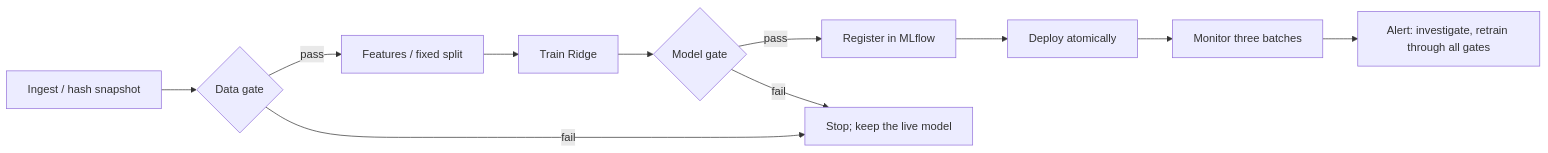
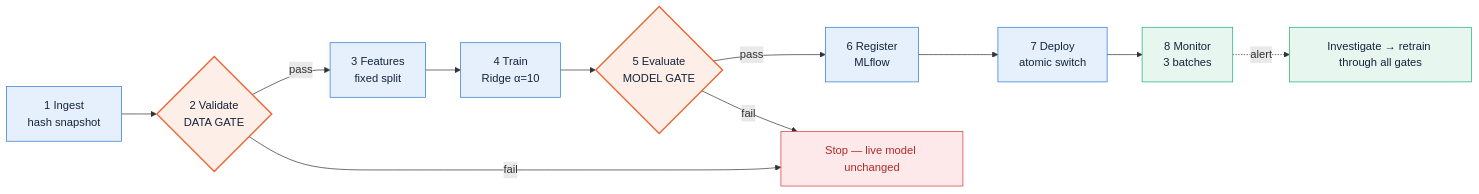
The diagram in README.md (Swagata-Bhowmik/group4-mlflow-capstone), drawn with Mermaid before and after one commit. The commit also changed other lines of this file, not shown here.

````diff
--- a/README.md
+++ b/README.md
@@ -51,13 +134,17 @@
 ```mermaid
 flowchart LR
-    A[Ingest / hash snapshot] --> B{Data gate}
-    B -->|pass| C[Features / fixed split]
-    C --> D[Train Ridge]
-    D --> E{Model gate}
-    E -->|pass| F[Register in MLflow]
-    F --> G[Deploy atomically]
-    G --> H[Monitor three batches]
-    B -->|fail| X[Stop; keep the live model]
+    A[1 Ingest<br/>hash snapshot]:::stage --> B{2 Validate<br/>DATA GATE}:::gate
+    B -->|pass| C[3 Features<br/>fixed split]:::stage
+    C --> D[4 Train<br/>Ridge α=10]:::stage
+    D --> E{5 Evaluate<br/>MODEL GATE}:::gate
+    E -->|pass| F[6 Register<br/>MLflow]:::stage
+    F --> G[7 Deploy<br/>atomic switch]:::stage
+    G --> H[8 Monitor<br/>3 batches]:::monitor
+    B -->|fail| X[Stop — live model unchanged]:::stop
     E -->|fail| X
-    H --> I[Alert: investigate, retrain through all gates]
+    H -.alert.-> I[Investigate → retrain through all gates]:::monitor
+    classDef stage fill:#E6F0FC,stroke:#2A78D6,color:#14243B
+    classDef gate fill:#FDEEE7,stroke:#EB6834,color:#14243B,stroke-width:2px
+    classDef monitor fill:#E7F6EF,stroke:#1BAF7A,color:#14243B
+    classDef stop fill:#FDE9E9,stroke:#D03B3B,color:#B02A2A
 ```
````
